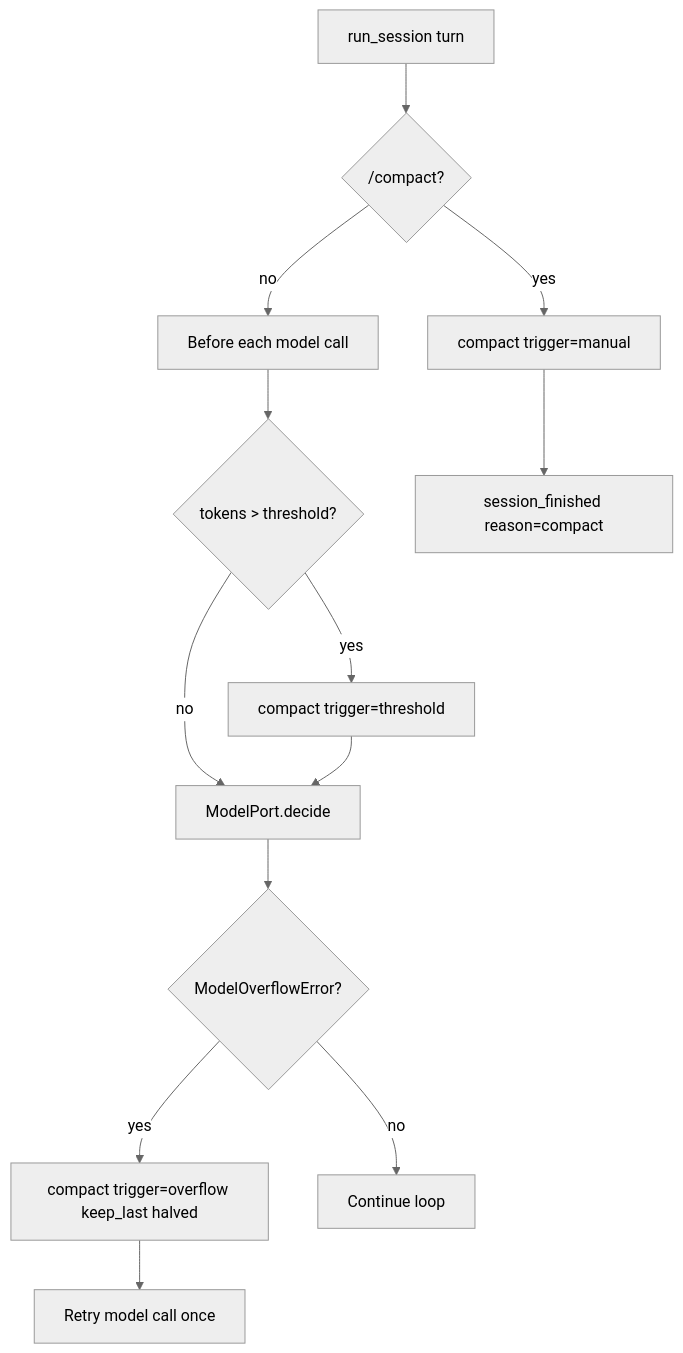
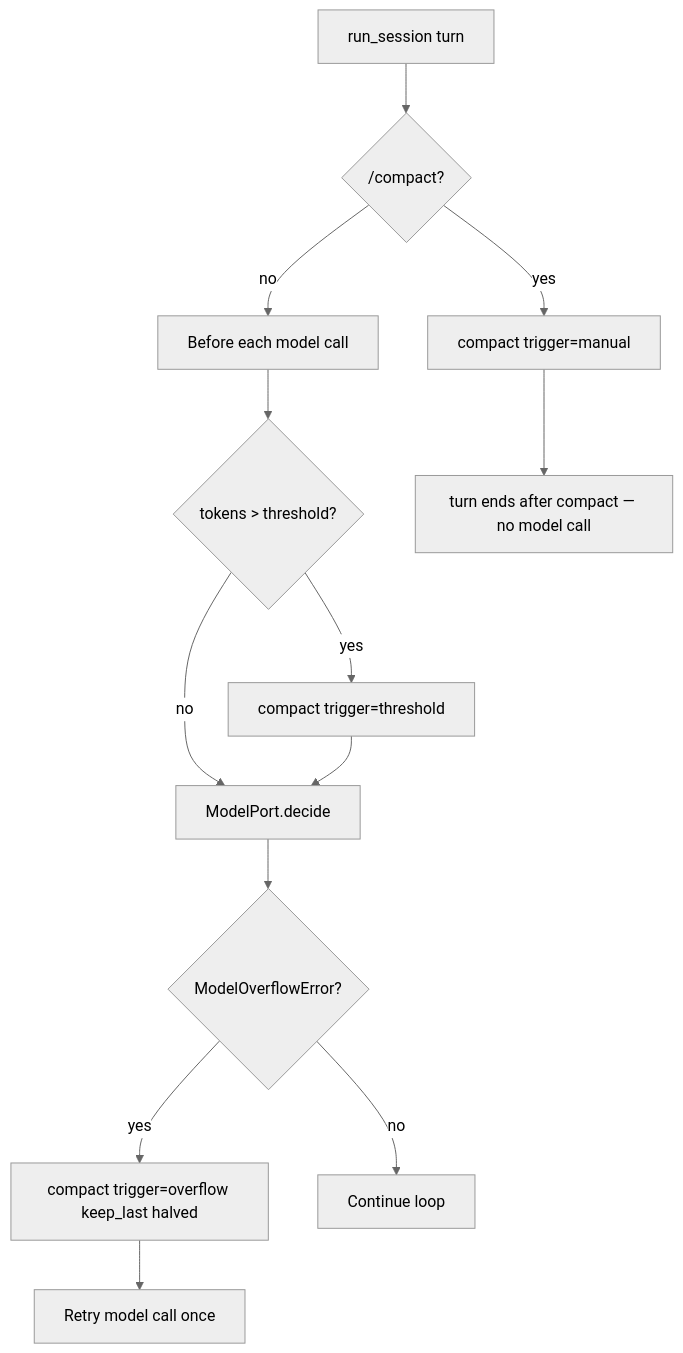
The diagram in docs/architecture/compaction.md (zhumengzhu/HarnessLab), drawn with Mermaid (neutral theme) before and after one commit. The commit also changed other lines of this file and 14 other files, not shown here.

````diff
--- a/docs/architecture/compaction.md
+++ b/docs/architecture/compaction.md
@@ -25,15 +25,15 @@
 ```mermaid
 flowchart TD
     Turn[run_session turn] --> Manual{/compact?}
     Manual -->|yes| ManualCompact[compact trigger=manual]
     Manual -->|no| PreCall[Before each model call]
     PreCall --> Threshold{tokens > threshold?}
     Threshold -->|yes| AutoCompact[compact trigger=threshold]
     Threshold -->|no| ModelCall[ModelPort.decide]
     ModelCall --> Overflow{ModelOverflowError?}
     Overflow -->|yes| Emergency[compact trigger=overflow keep_last halved]
     Emergency --> Retry[Retry model call once]
     Overflow -->|no| Continue[Continue loop]
     AutoCompact --> ModelCall
-    ManualCompact --> Done[session_finished reason=compact]
+    ManualCompact --> Done[turn ends after compact — no model call]
 ```
````
